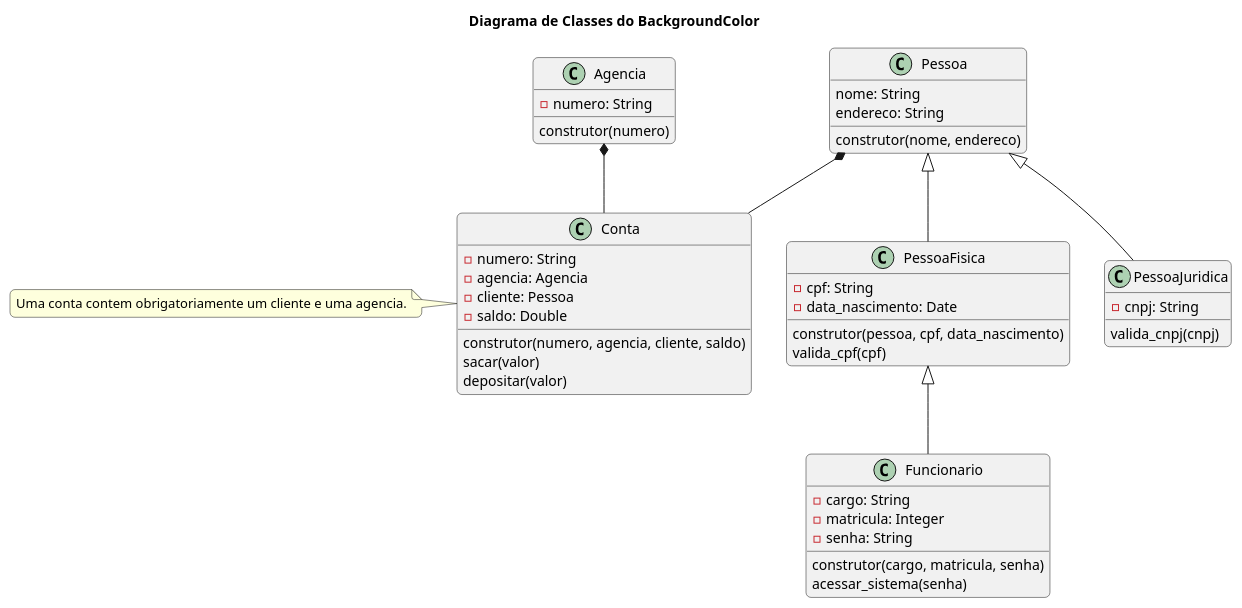
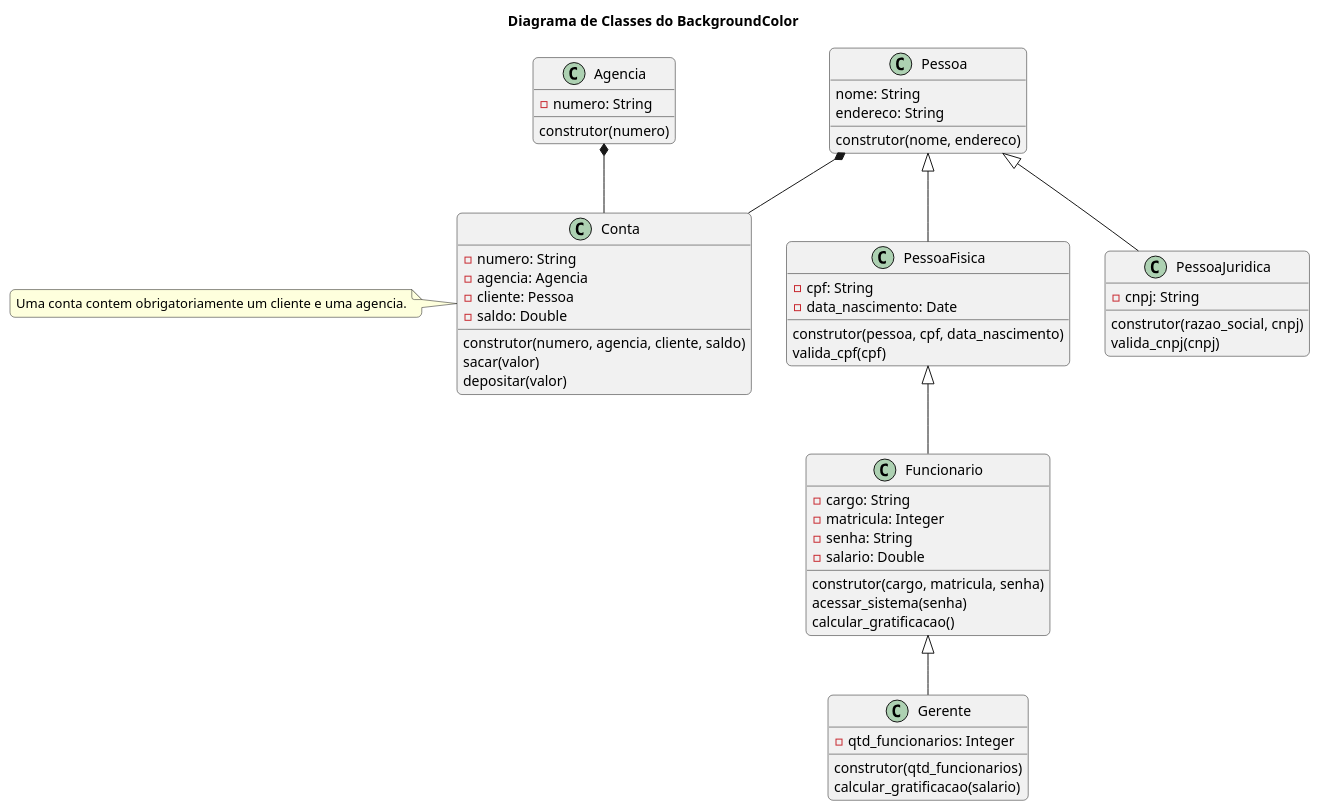
Before and after one commit to HemersonBLG/CursosPython: the diagram in banco_poo.wsd, drawn with PlantUML. The commit also changed 7 other files, not shown here.

```diff
--- a/banco_poo.wsd
+++ b/banco_poo.wsd
@@ -1,68 +1,80 @@
 @startuml
 
 
 skinparam roundcorner 10
 
 title Diagrama de Classes do BackgroundColor
 
 class Pessoa {
     nome: String
     endereco: String
 
     construtor(nome, endereco)
 }
 
 class PessoaFisica {
     -cpf: String
     -data_nascimento: Date
 
     construtor(pessoa, cpf, data_nascimento)
     valida_cpf(cpf)
 }
 
 class PessoaJuridica {
     -cnpj: String
 
+    construtor(razao_social, cnpj)
     valida_cnpj(cnpj)
 }
 
 class Funcionario {
     -cargo: String
     -matricula: Integer
     -senha: String
+    -salario: Double
 
     construtor(cargo, matricula, senha)
     acessar_sistema(senha)
+    calcular_gratificacao()
+}
+
+
+class Gerente {
+    -qtd_funcionarios: Integer
+
+    construtor(qtd_funcionarios)
+    calcular_gratificacao(salario)
 }
 
 class Agencia {
     -numero: String
 
     construtor(numero)
 }
 
 class Conta {
     -numero: String
     -agencia: Agencia
     -cliente: Pessoa
     -saldo: Double
 
     construtor(numero, agencia, cliente, saldo)
     sacar(valor)
     depositar(valor)
 }
 
 note left of Conta
     Uma conta contem obrigatoriamente um cliente e uma agencia.
 end note
 
 
 
 
 Pessoa <|-- PessoaFisica
 Pessoa <|-- PessoaJuridica
-PessoaFisica <|-- Funcionario
+PessoaFisica <|-- Funcionario 
+Funcionario <|-- Gerente
 Pessoa *-- Conta
 Agencia *-- Conta
 
 @enduml
```
